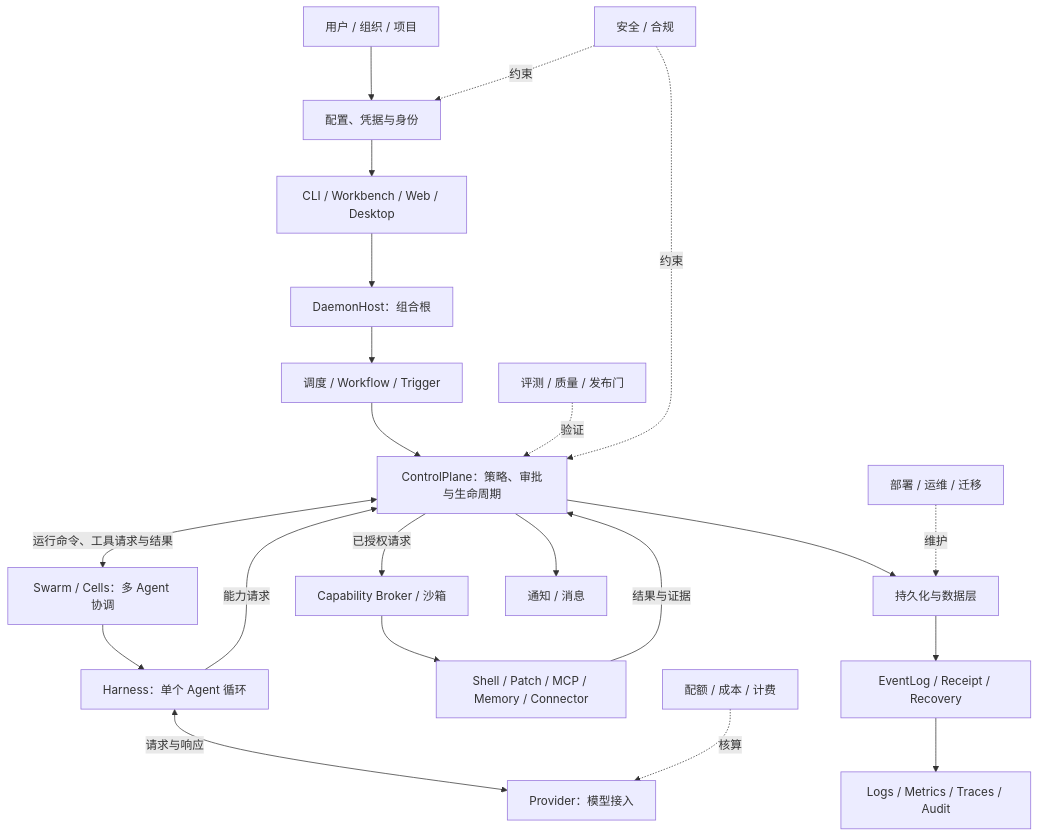
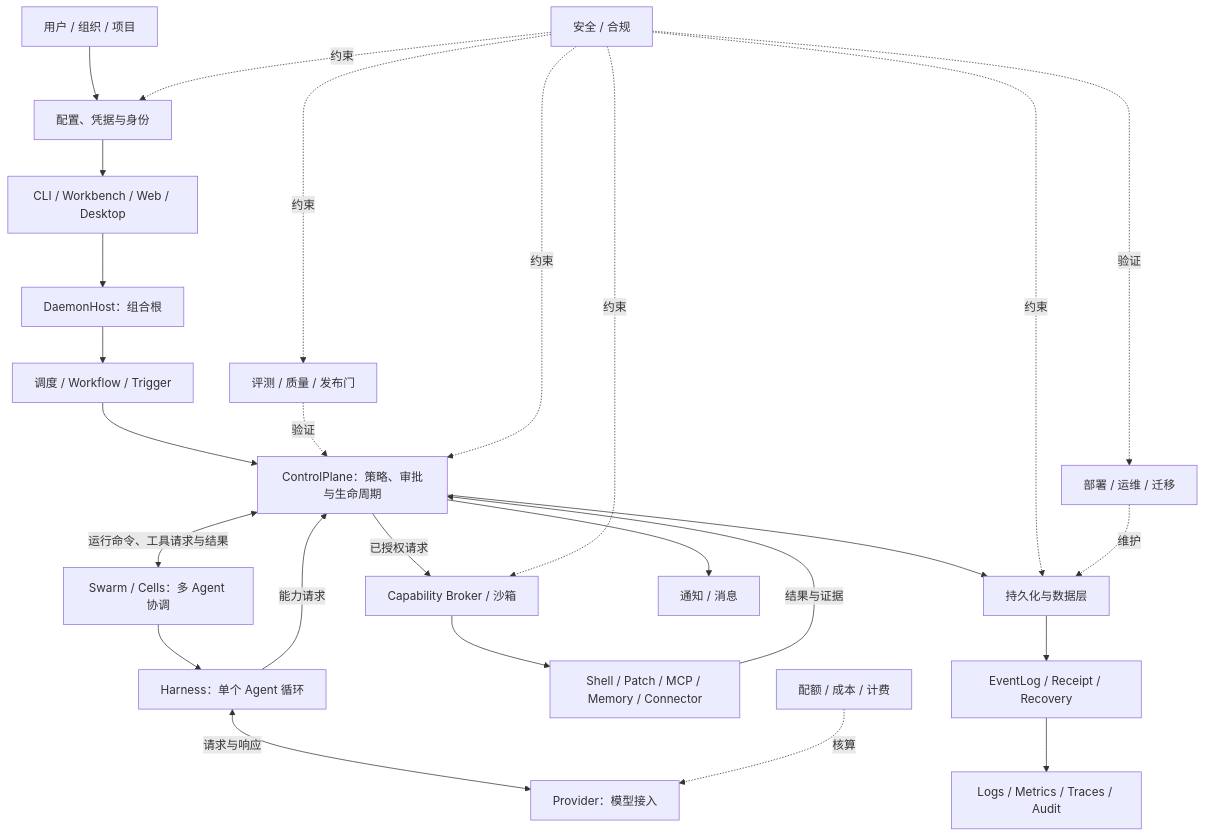
One commit to shirosoralumie648/kianacode changed the diagram in docs/module-map.md. Above: the diagram before and after it, drawn with Mermaid. The commit also changed other lines of this file and 2 other files, not shown here.

Commit message:
docs: align module map and roadmap navigation

````diff
--- a/docs/module-map.md
+++ b/docs/module-map.md
@@ -36,24 +59,28 @@
 ```mermaid
 flowchart TD
     User["用户 / 组织 / 项目"] --> Identity["配置、凭据与身份"]
     Identity --> UI["CLI / Workbench / Web / Desktop"]
     UI --> Host["DaemonHost：组合根"]
     Host --> Scheduler["调度 / Workflow / Trigger"]
     Scheduler --> Core["ControlPlane：策略、审批与生命周期"]
     Core <-->|运行命令、工具请求与结果| Swarm["Swarm / Cells：多 Agent 协调"]
     Swarm --> Harness["Harness：单个 Agent 循环"]
     Harness <-->|请求与响应| Provider["Provider：模型接入"]
     Harness -->|能力请求| Core
     Core -->|已授权请求| Broker["Capability Broker / 沙箱"]
     Broker --> Tools["Shell / Patch / MCP / Memory / Connector"]
     Tools -->|结果与证据| Core
     Core --> Data["持久化与数据层"]
     Data --> Facts["EventLog / Receipt / Recovery"]
     Facts --> Obs["Logs / Metrics / Traces / Audit"]
     Core --> Notify["通知 / 消息"]
     Quality["评测 / 质量 / 发布门"] -.验证.-> Core
     Cost["配额 / 成本 / 计费"] -.核算.-> Provider
     Security["安全 / 合规"] -.约束.-> Identity
     Security -.约束.-> Core
+    Security -.约束.-> Broker
+    Security -.约束.-> Data
+    Security -.约束.-> Quality
+    Security -.验证.-> Ops
     Ops["部署 / 运维 / 迁移"] -.维护.-> Data
 ```
````
